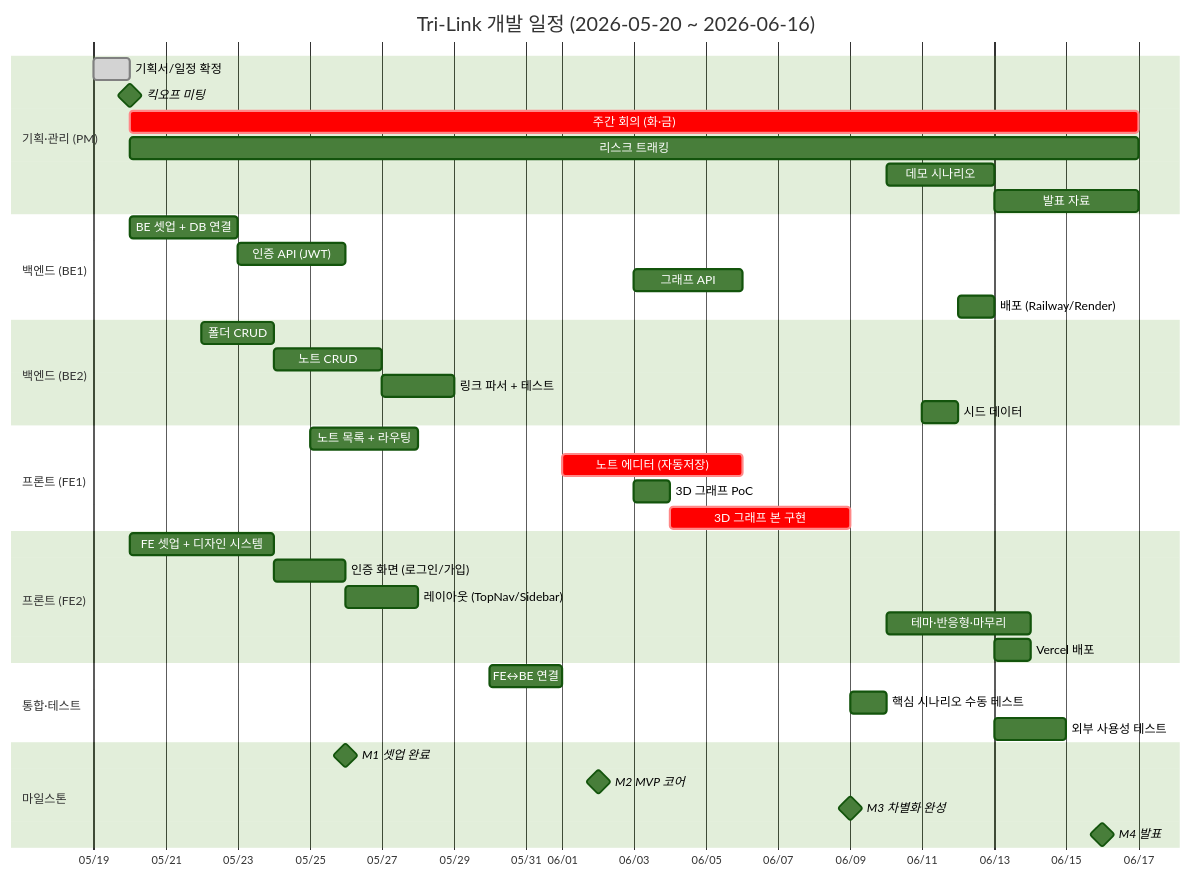
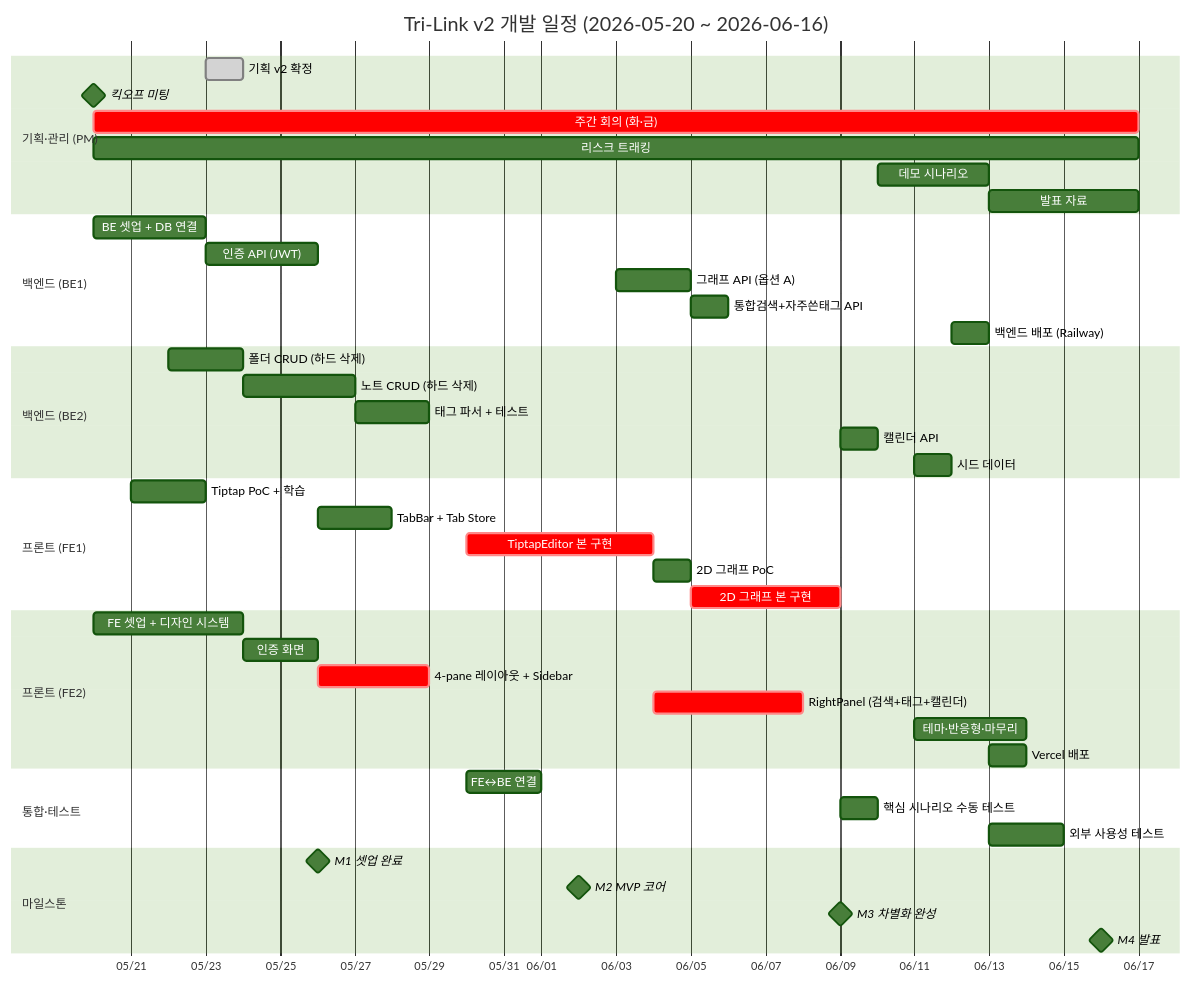
One commit to GC-Five-Guys/Docs changed the diagram in 02_일정/개발_일정표.md. Above: the diagram before and after it, drawn with Mermaid (forest theme). The commit also changed other lines of this file and 1 other file, not shown here.

First line of the commit message:
docs(schedule): WBS 및 일정표 v2 — 우측바·캘린더 신규 작업, 휴지통 제거

````diff
--- a/02_일정/개발_일정표.md
+++ b/02_일정/개발_일정표.md
@@ -23,50 +32,54 @@
 ```mermaid
 gantt
-    title Tri-Link 개발 일정 (2026-05-20 ~ 2026-06-16)
+    title Tri-Link v2 개발 일정 (2026-05-20 ~ 2026-06-16)
     dateFormat YYYY-MM-DD
     axisFormat %m/%d
 
     section 기획·관리 (PM)
-    기획서/일정 확정         :done, p1, 2026-05-19, 1d
+    기획 v2 확정             :done, p1, 2026-05-23, 1d
     킥오프 미팅              :milestone, k1, 2026-05-20, 0d
     주간 회의 (화·금)         :crit, p2, 2026-05-20, 28d
     리스크 트래킹            :p3, 2026-05-20, 28d
     데모 시나리오            :p4, 2026-06-10, 3d
     발표 자료               :p5, 2026-06-13, 4d
 
     section 백엔드 (BE1)
     BE 셋업 + DB 연결        :be1, 2026-05-20, 3d
     인증 API (JWT)          :be2, after be1, 3d
-    그래프 API              :be3, 2026-06-03, 3d
-    배포 (Railway/Render)    :be4, 2026-06-12, 1d
+    그래프 API (옵션 A)      :be3, 2026-06-03, 2d
+    통합검색+자주쓴태그 API   :be3b, after be3, 1d
+    백엔드 배포 (Railway)    :be4, 2026-06-12, 1d
 
     section 백엔드 (BE2)
-    폴더 CRUD               :be5, 2026-05-22, 2d
-    노트 CRUD               :be6, after be5, 3d
-    링크 파서 + 테스트       :be7, after be6, 2d
+    폴더 CRUD (하드 삭제)    :be5, 2026-05-22, 2d
+    노트 CRUD (하드 삭제)    :be6, after be5, 3d
+    태그 파서 + 테스트       :be7, after be6, 2d
+    캘린더 API              :be7b, 2026-06-09, 1d
     시드 데이터             :be8, 2026-06-11, 1d
 
     section 프론트 (FE1)
-    노트 목록 + 라우팅       :fe1, 2026-05-25, 3d
-    노트 에디터 (자동저장)   :crit, fe2, 2026-06-01, 5d
-    3D 그래프 PoC           :fe3, 2026-06-03, 1d
-    3D 그래프 본 구현       :crit, fe4, 2026-06-04, 5d
+    Tiptap PoC + 학습        :fe0, 2026-05-21, 2d
+    TabBar + Tab Store      :fe1, 2026-05-26, 2d
+    TiptapEditor 본 구현    :crit, fe2, 2026-05-30, 5d
+    2D 그래프 PoC           :fe3, 2026-06-04, 1d
+    2D 그래프 본 구현       :crit, fe4, 2026-06-05, 4d
 
     section 프론트 (FE2)
     FE 셋업 + 디자인 시스템  :fe5, 2026-05-20, 4d
-    인증 화면 (로그인/가입)  :fe6, after fe5, 2d
-    레이아웃 (TopNav/Sidebar):fe7, 2026-05-26, 2d
-    테마·반응형·마무리      :fe8, 2026-06-10, 4d
+    인증 화면               :fe6, after fe5, 2d
+    4-pane 레이아웃 + Sidebar:crit, fe7, 2026-05-26, 3d
+    RightPanel (검색+태그+캘린더):crit, fe7b, 2026-06-04, 4d
+    테마·반응형·마무리      :fe8, 2026-06-11, 3d
     Vercel 배포             :fe9, 2026-06-13, 1d
 
     section 통합·테스트
     FE↔BE 연결              :i1, 2026-05-30, 2d
     핵심 시나리오 수동 테스트:i2, 2026-06-09, 1d
     외부 사용성 테스트       :i3, 2026-06-13, 2d
 
     section 마일스톤
     M1 셋업 완료            :milestone, m1, 2026-05-26, 0d
     M2 MVP 코어             :milestone, m2, 2026-06-02, 0d
     M3 차별화 완성          :milestone, m3, 2026-06-09, 0d
     M4 발표                 :milestone, m4, 2026-06-16, 0d
 ```
````
